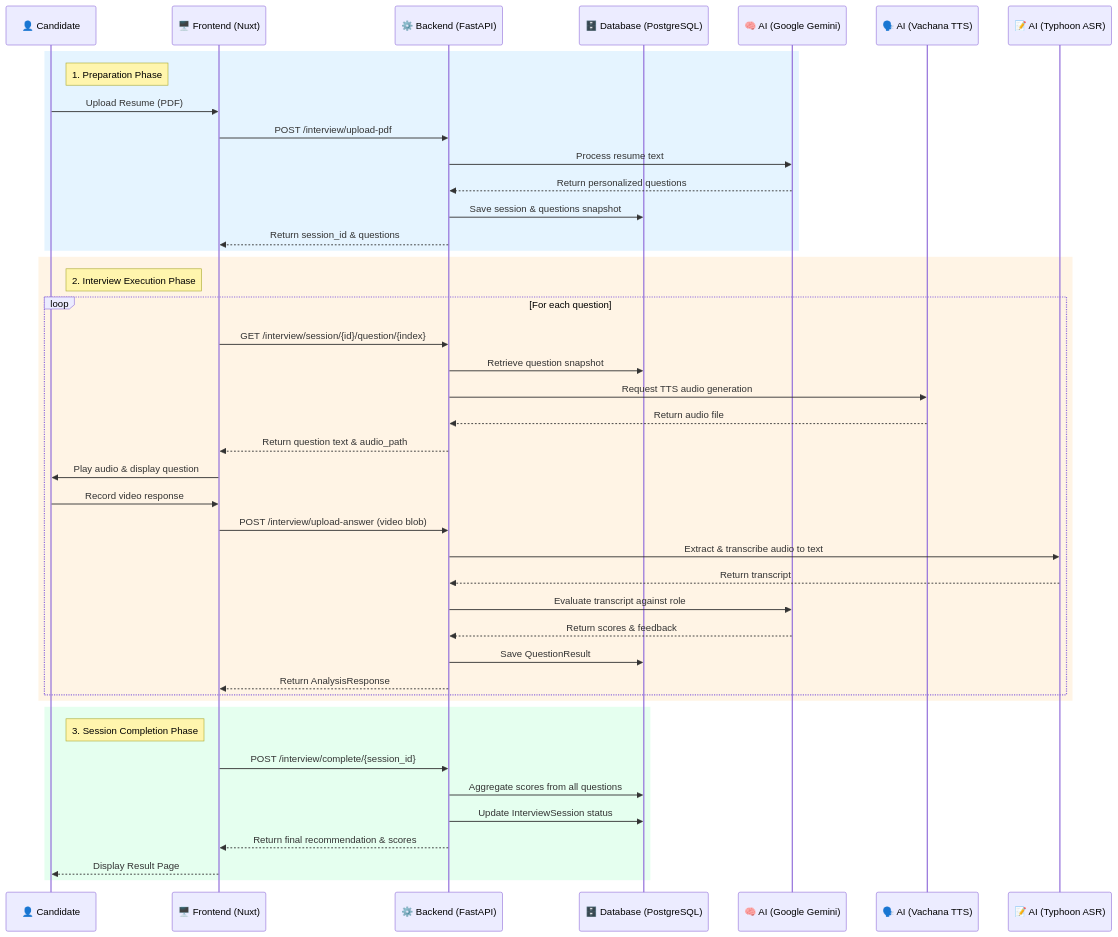
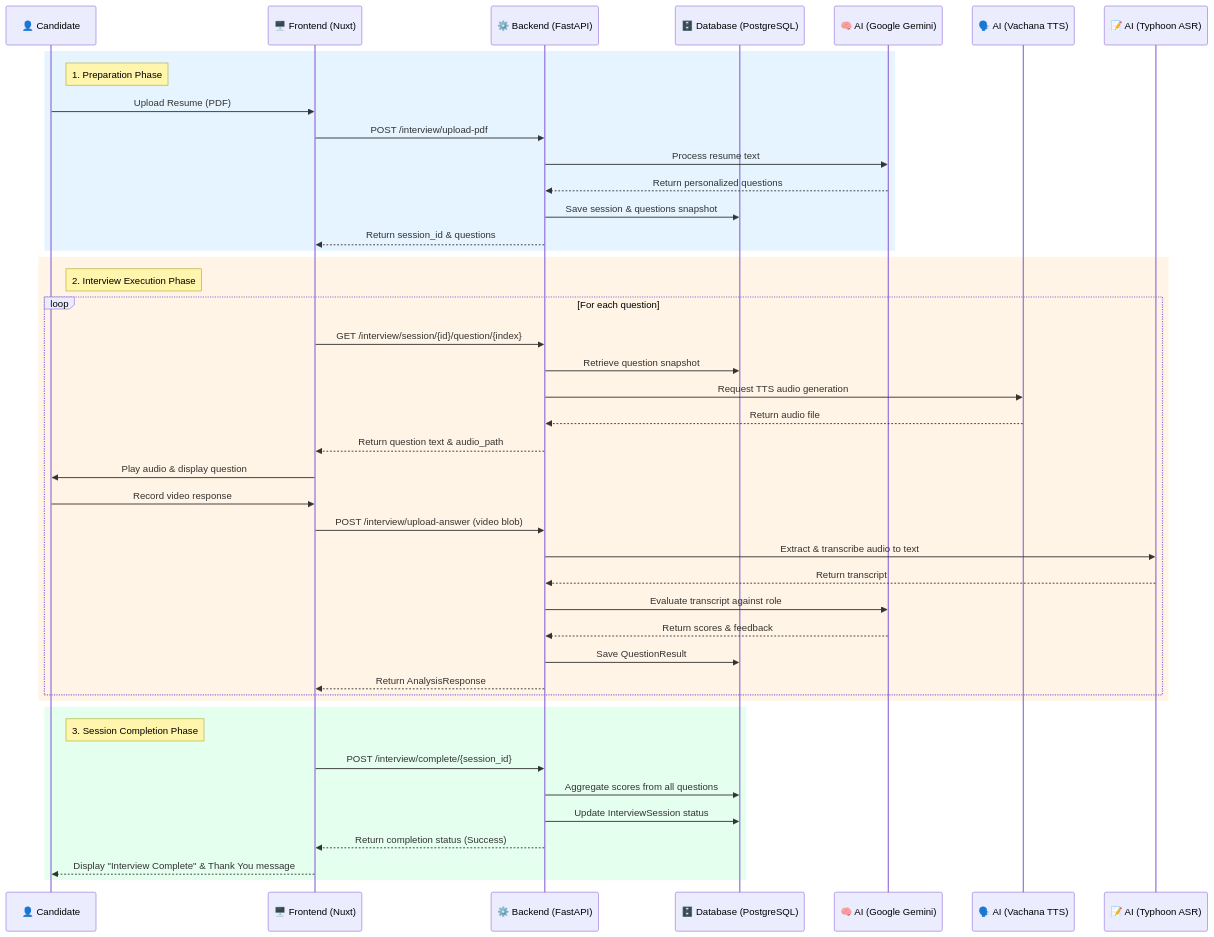
One commit to folknawatt/ai-interview changed the first of 2 diagrams in README.md. Above: the diagram before and after it, drawn with Mermaid. The commit also changed other lines of this file, not shown here.

First line of the commit message:
docs: enhance workflow diagrams and fix environment typing

````diff
--- a/README.md
+++ b/README.md
@@ -63,56 +65,56 @@
 ```mermaid
 sequenceDiagram
     participant Candidate as 👤 Candidate
     participant Frontend as 🖥️ Frontend (Nuxt)
     participant Backend as ⚙️ Backend (FastAPI)
     participant DB as 🗄️ Database (PostgreSQL)
     participant AI_Gemini as 🧠 AI (Google Gemini)
     participant AI_Vachana as 🗣️ AI (Vachana TTS)
     participant AI_Typhoon as 📝 AI (Typhoon ASR)
 
     %% 1. Preparation Phase
     rect rgba(0, 150, 255, 0.1)
         note right of Candidate: 1. Preparation Phase
         Candidate->>Frontend: Upload Resume (PDF)
         Frontend->>Backend: POST /interview/upload-pdf
         Backend->>AI_Gemini: Process resume text
         AI_Gemini-->>Backend: Return personalized questions
         Backend->>DB: Save session & questions snapshot
         Backend-->>Frontend: Return session_id & questions
     end
 
     %% 2. Interview Execution Phase
     rect rgba(255, 150, 0, 0.1)
         note right of Candidate: 2. Interview Execution Phase
         loop For each question
             Frontend->>Backend: GET /interview/session/{id}/question/{index}
             Backend->>DB: Retrieve question snapshot
             Backend->>AI_Vachana: Request TTS audio generation
             AI_Vachana-->>Backend: Return audio file
             Backend-->>Frontend: Return question text & audio_path
 
             Frontend->>Candidate: Play audio & display question
             Candidate->>Frontend: Record video response
             Frontend->>Backend: POST /interview/upload-answer (video blob)
 
             Backend->>AI_Typhoon: Extract & transcribe audio to text
             AI_Typhoon-->>Backend: Return transcript
 
             Backend->>AI_Gemini: Evaluate transcript against role
             AI_Gemini-->>Backend: Return scores & feedback
 
             Backend->>DB: Save QuestionResult
             Backend-->>Frontend: Return AnalysisResponse
         end
     end
 
     %% 3. Session Completion
     rect rgba(0, 255, 100, 0.1)
         note right of Candidate: 3. Session Completion Phase
         Frontend->>Backend: POST /interview/complete/{session_id}
         Backend->>DB: Aggregate scores from all questions
         Backend->>DB: Update InterviewSession status
-        Backend-->>Frontend: Return final recommendation & scores
-        Frontend-->>Candidate: Display Result Page
+        Backend-->>Frontend: Return completion status (Success)
+        Frontend-->>Candidate: Display "Interview Complete" & Thank You message
     end
 ```
````
